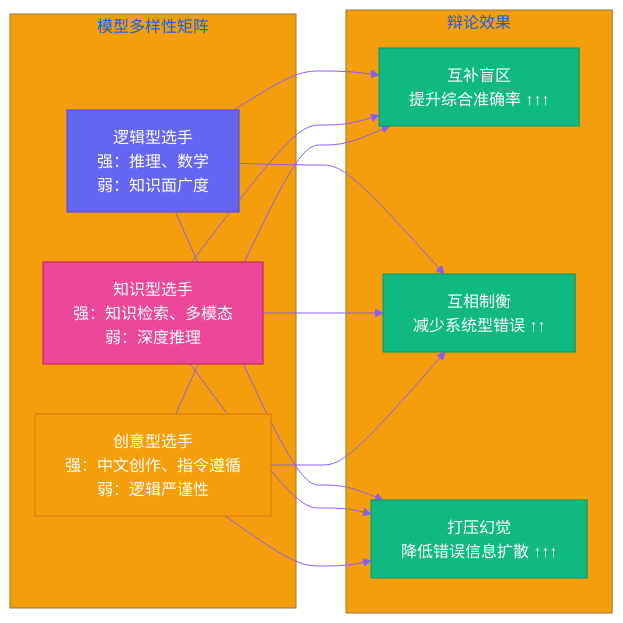
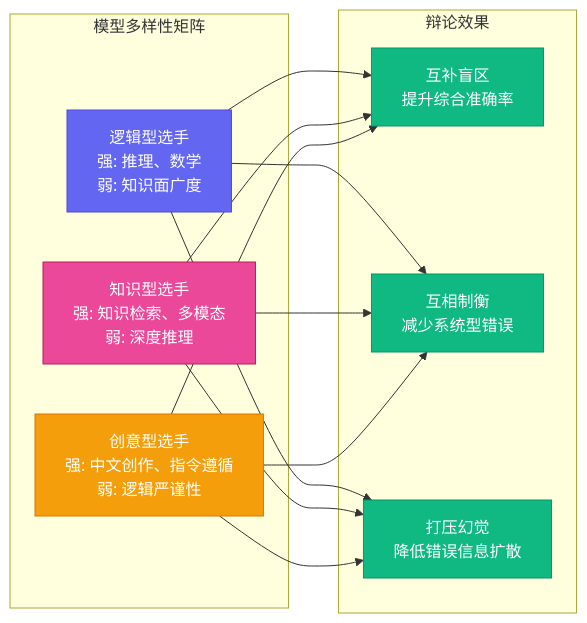
One commit to VokoForge/ai-prism changed the second of 3 diagrams in posts/yason-and-roberts/zh/ch05.md. Above: the diagram before and after it, drawn with Mermaid. The commit also changed other lines of this file and 31 other files, not shown here.

First line of the commit message:
✨ Rewrite all articles: hook titles, Mermaid diagrams, engaging style

````diff
--- a/posts/yason-and-roberts/zh/ch05.md
+++ b/posts/yason-and-roberts/zh/ch05.md
@@ -98,30 +97,29 @@
 ```mermaid
-%%{init: {'theme': 'base', 'themeVariables': {'primaryColor': '#6366f1','primaryTextColor': '#fff','primaryBorderColor': '#4f46e5','lineColor': '#8b5cf6','secondaryColor': '#ec4899','tertiaryColor': '#f59e0b'}}}%%
 flowchart LR
     subgraph "模型多样性矩阵"
-        D1["逻辑型选手<br>强：推理、数学<br>弱：知识面广度"]
-        G1["知识型选手<br>强：知识检索、多模态<br>弱：深度推理"]
-        Q1["创意型选手<br>强：中文创作、指令遵循<br>弱：逻辑严谨性"]
+        D["逻辑型选手<br>强: 推理、数学<br>弱: 知识面广度"]
+        G["知识型选手<br>强: 知识检索、多模态<br>弱: 深度推理"]
+        Q["创意型选手<br>强: 中文创作、指令遵循<br>弱: 逻辑严谨性"]
     end
     subgraph "辩论效果"
-        R1["互补盲区<br>提升综合准确率 ↑↑↑"]
-        R2["互相制衡<br>减少系统型错误 ↑↑"]
-        R3["打压幻觉<br>降低错误信息扩散 ↑↑↑"]
+        R1["互补盲区<br>提升综合准确率"]
+        R2["互相制衡<br>减少系统型错误"]
+        R3["打压幻觉<br>降低错误信息扩散"]
     end
-    D1 --> R1
-    G1 --> R1
-    Q1 --> R1
-    D1 --> R2
-    G1 --> R2
-    Q1 --> R2
-    D1 --> R3
-    G1 --> R3
-    Q1 --> R3
+    D --> R1
+    G --> R1
+    Q --> R1
+    D --> R2
+    G --> R2
+    Q --> R2
+    D --> R3
+    G --> R3
+    Q --> R3
 
-    style D1 fill:#6366f1,stroke:#4f46e5,color:#fff
-    style G1 fill:#ec4899,stroke:#be185d,color:#fff
-    style Q1 fill:#f59e0b,stroke:#d97706,color:#fff
+    style D fill:#6366f1,stroke:#4f46e5,color:#fff
+    style G fill:#ec4899,stroke:#be185d,color:#fff
+    style Q fill:#f59e0b,stroke:#d97706,color:#fff
     style R1 fill:#10b981,stroke:#059669,color:#fff
     style R2 fill:#10b981,stroke:#059669,color:#fff
     style R3 fill:#10b981,stroke:#059669,color:#fff
 ```
````
